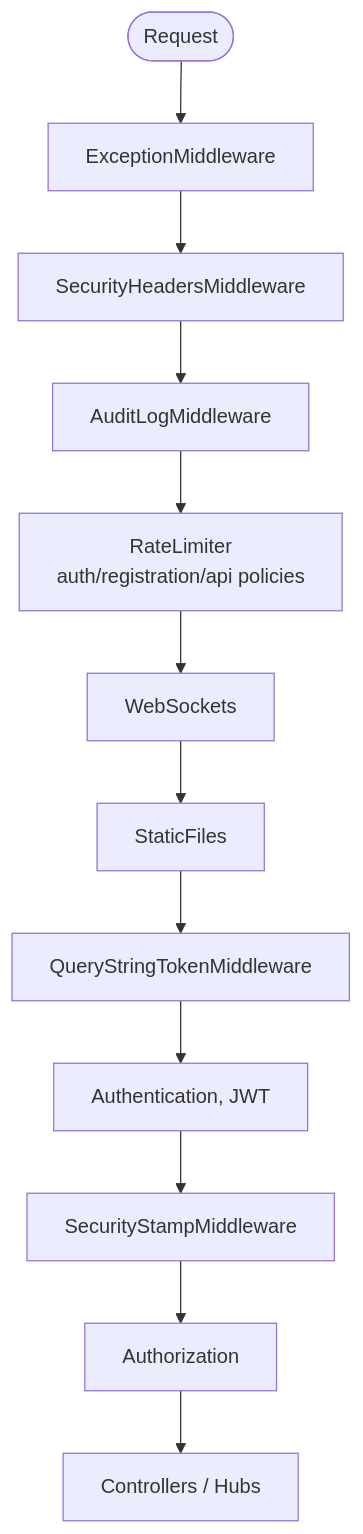
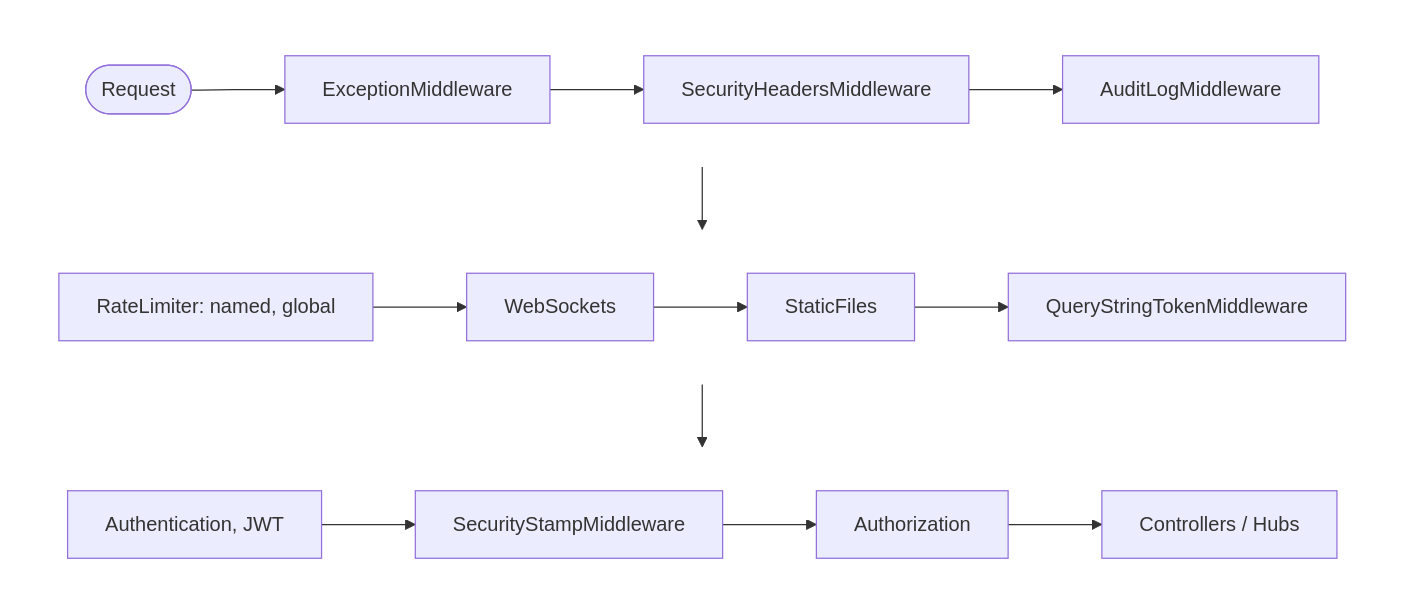
Before and after one commit to shalin-rahman/GHCAA: the tenth of 13 diagrams in docs/book/06-architecture.md, drawn with Mermaid. The commit also changed other lines of this file and 42 other files, not shown here.

````diff
--- a/docs/book/06-architecture.md
+++ b/docs/book/06-architecture.md
@@ -945,14 +937,19 @@
 ```mermaid
 flowchart TB
-    R([Request]) --> M1[ExceptionMiddleware]
-    M1 --> M2[SecurityHeadersMiddleware]
-    M2 --> M3[AuditLogMiddleware]
-    M3 --> M4[RateLimiter<br/>auth/registration/api policies]
-    M4 --> M5[WebSockets]
-    M5 --> M6[StaticFiles]
-    M6 --> M7[QueryStringTokenMiddleware]
-    M7 --> M8[Authentication, JWT]
-    M8 --> M9[SecurityStampMiddleware]
-    M9 --> M10[Authorization]
-    M10 --> M11[Controllers / Hubs]
+    subgraph R1[" "]
+      direction LR
+      R([Request]) --> M1[ExceptionMiddleware] --> M2[SecurityHeadersMiddleware] --> M3[AuditLogMiddleware]
+    end
+    subgraph R2[" "]
+      direction LR
+      M4[RateLimiter: named, global] --> M5[WebSockets] --> M6[StaticFiles] --> M7[QueryStringTokenMiddleware]
+    end
+    subgraph R3[" "]
+      direction LR
+      M8[Authentication, JWT] --> M9[SecurityStampMiddleware] --> M10[Authorization] --> M11[Controllers / Hubs]
+    end
+    R1 --> R2 --> R3
+    style R1 fill:none,stroke:none
+    style R2 fill:none,stroke:none
+    style R3 fill:none,stroke:none
 ```
````
